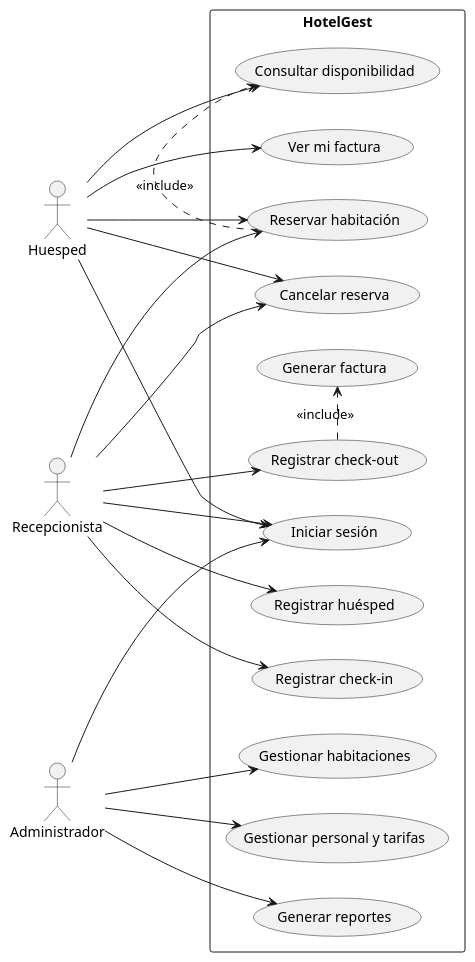
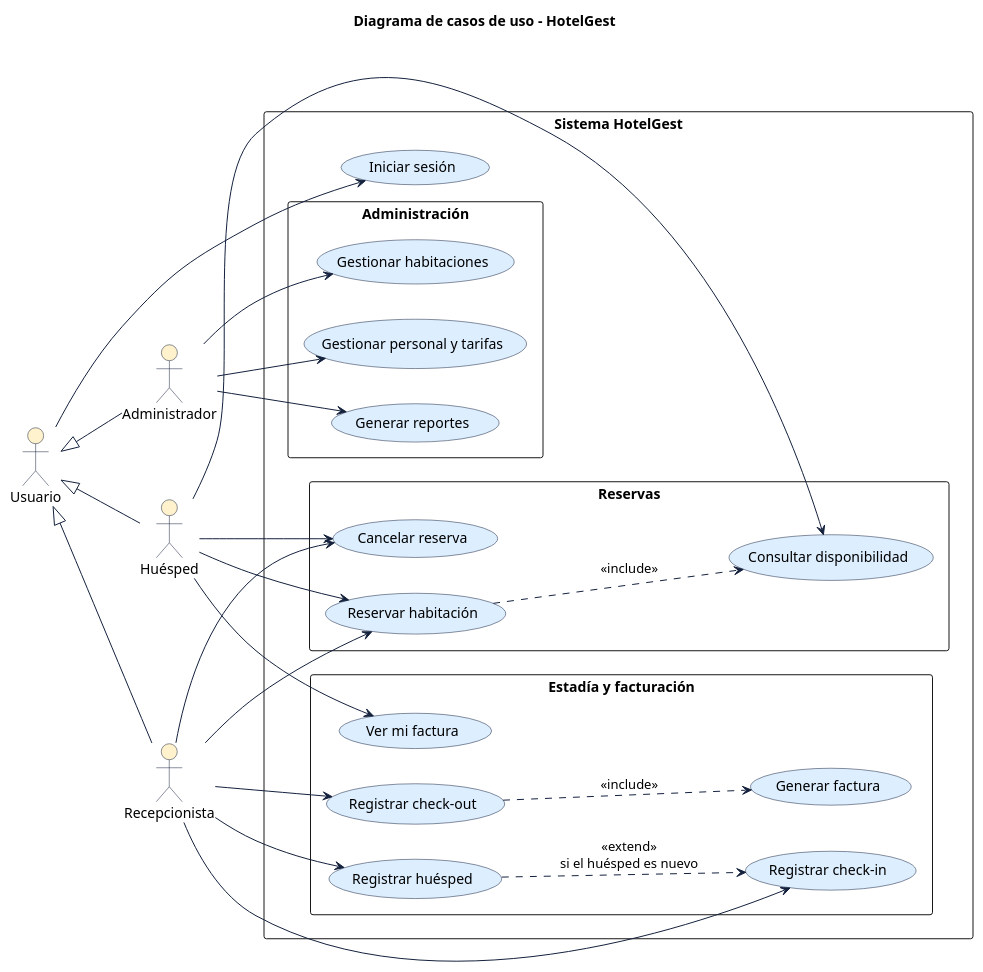
Before and after one commit to oscarin24000/Hotelgest: the diagram in diagramas/casos-de-uso.puml, drawn with PlantUML.

Commit message:
docs: mejora diagrama de casos de uso

```diff
--- a/diagramas/casos-de-uso.puml
+++ b/diagramas/casos-de-uso.puml
@@ -1,42 +1,66 @@
 @startuml
 left to right direction
-actor Huesped
-actor Recepcionista
-actor Administrador
+skinparam shadowing false
+skinparam packageStyle rectangle
+skinparam usecase {
+  BackgroundColor #DDEEFF
+  BorderColor #14213D
+  ArrowColor #14213D
+}
+skinparam actor {
+  BackgroundColor #FFF2CC
+  BorderColor #14213D
+}
+title Diagrama de casos de uso - HotelGest
 
-rectangle HotelGest {
+actor "Usuario" as U
+actor "Huésped" as H
+actor "Recepcionista" as R
+actor "Administrador" as A
+
+U <|-- H
+U <|-- R
+U <|-- A
+
+rectangle "Sistema HotelGest" {
   usecase "Iniciar sesión" as UC1
-  usecase "Consultar disponibilidad" as UC2
-  usecase "Reservar habitación" as UC3
-  usecase "Cancelar reserva" as UC4
-  usecase "Ver mi factura" as UC5
-  usecase "Registrar huésped" as UC6
-  usecase "Registrar check-in" as UC7
-  usecase "Registrar check-out" as UC8
-  usecase "Generar factura" as UC9
-  usecase "Gestionar habitaciones" as UC10
-  usecase "Gestionar personal y tarifas" as UC11
-  usecase "Generar reportes" as UC12
+
+  package "Reservas" {
+    usecase "Consultar disponibilidad" as UC2
+    usecase "Reservar habitación" as UC3
+    usecase "Cancelar reserva" as UC4
+  }
+
+  package "Estadía y facturación" {
+    usecase "Registrar huésped" as UC5
+    usecase "Registrar check-in" as UC6
+    usecase "Registrar check-out" as UC7
+    usecase "Generar factura" as UC8
+    usecase "Ver mi factura" as UC9
+  }
+
+  package "Administración" {
+    usecase "Gestionar habitaciones" as UC10
+    usecase "Gestionar personal y tarifas" as UC11
+    usecase "Generar reportes" as UC12
+  }
 }
 
-Huesped --> UC1
-Huesped --> UC2
-Huesped --> UC3
-Huesped --> UC4
-Huesped --> UC5
+U --> UC1
+H --> UC2
+H --> UC3
+H --> UC4
+H --> UC9
+R --> UC3
+R --> UC4
+R --> UC5
+R --> UC6
+R --> UC7
+A --> UC10
+A --> UC11
+A --> UC12
 
-Recepcionista --> UC1
-Recepcionista --> UC6
-Recepcionista --> UC3
-Recepcionista --> UC4
-Recepcionista --> UC7
-Recepcionista --> UC8
-
-Administrador --> UC1
-Administrador --> UC10
-Administrador --> UC11
-Administrador --> UC12
-
-UC3 .> UC2 : <<include>>
-UC8 .> UC9 : <<include>>
+UC3 ..> UC2 : <<include>>
+UC7 ..> UC8 : <<include>>
+UC5 ..> UC6 : <<extend>>\nsi el huésped es nuevo
 @enduml
```
